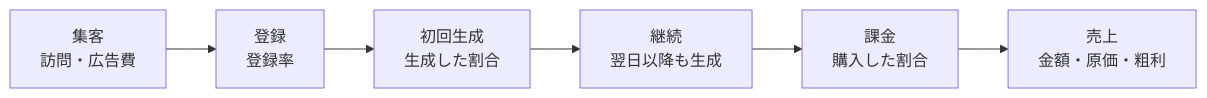
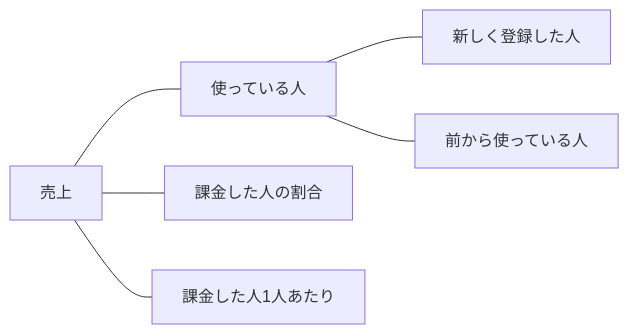
The first of 2 diagrams in docs/planning/admin-growth-dashboard-plan.md (3balljugglerYu/ai_coordinate), drawn with Mermaid before and after one commit. The commit also changed other lines of this file, not shown here.

````diff
--- a/docs/planning/admin-growth-dashboard-plan.md
+++ b/docs/planning/admin-growth-dashboard-plan.md
@@ -47,8 +103,8 @@
 ```mermaid
 flowchart LR
-    A["集客<br>訪問・広告費"] --> B["登録<br>登録率"]
-    B --> C["初回生成<br>生成した割合"]
-    C --> D["継続<br>翌日以降も生成"]
-    D --> E["課金<br>購入した割合"]
-    E --> F["売上<br>金額・原価・粗利"]
+    R["売上"] --- A["使っている人"]
+    R --- B["課金した人の割合"]
+    R --- C["課金した人1人あたり"]
+    A --- A1["新しく登録した人"]
+    A --- A2["前から使っている人"]
 ```
````
